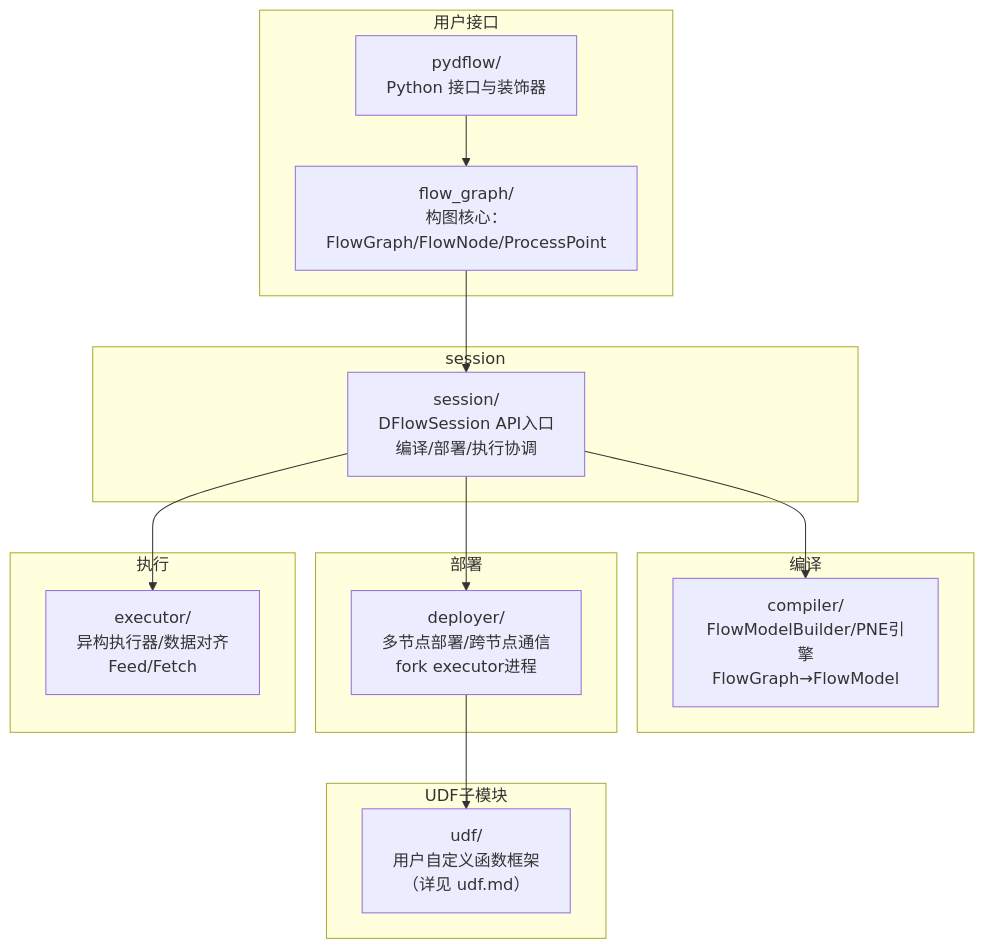
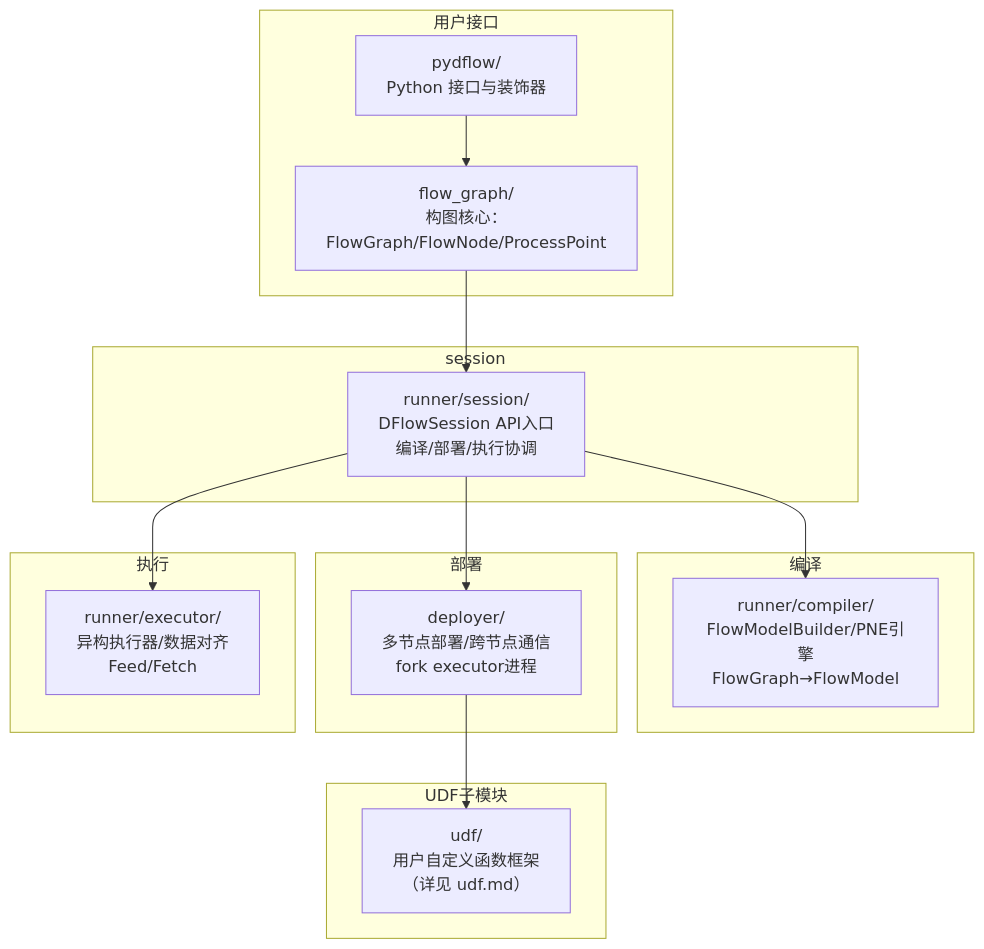
One commit to hicann/ge changed the first of 8 diagrams in docs/zh/design/modules/dflow/dflow.md. Above: the diagram before and after it, drawn with Mermaid. The commit also changed other lines of this file and 1 other file, not shown here.

````diff
--- a/docs/zh/design/modules/dflow/dflow.md
+++ b/docs/zh/design/modules/dflow/dflow.md
@@ -49,29 +49,29 @@
 ```mermaid
 flowchart TD
     subgraph 用户接口
         PYD["pydflow/<br/>Python 接口与装饰器"]
         FG["flow_graph/<br/>构图核心：FlowGraph/FlowNode/ProcessPoint"]
     end
     subgraph session
-        SES["session/<br/>DFlowSession API入口<br/>编译/部署/执行协调"]
+        SES["runner/session/<br/>DFlowSession API入口<br/>编译/部署/执行协调"]
     end
     subgraph 编译
-        CMP["compiler/<br/>FlowModelBuilder/PNE引擎<br/>FlowGraph→FlowModel"]
+        CMP["runner/compiler/<br/>FlowModelBuilder/PNE引擎<br/>FlowGraph→FlowModel"]
     end
     subgraph 部署
         DEP["deployer/<br/>多节点部署/跨节点通信<br/>fork executor进程"]
     end
     subgraph 执行
-        EXEC["executor/<br/>异构执行器/数据对齐<br/>Feed/Fetch"]
+        EXEC["runner/executor/<br/>异构执行器/数据对齐<br/>Feed/Fetch"]
     end
     subgraph UDF子模块
         UDF["udf/<br/>用户自定义函数框架<br/>（详见 udf.md）"]
     end
 
     PYD --> FG
     FG --> SES
     SES --> CMP
     SES --> DEP
     SES --> EXEC
     DEP --> UDF
 ```
````
